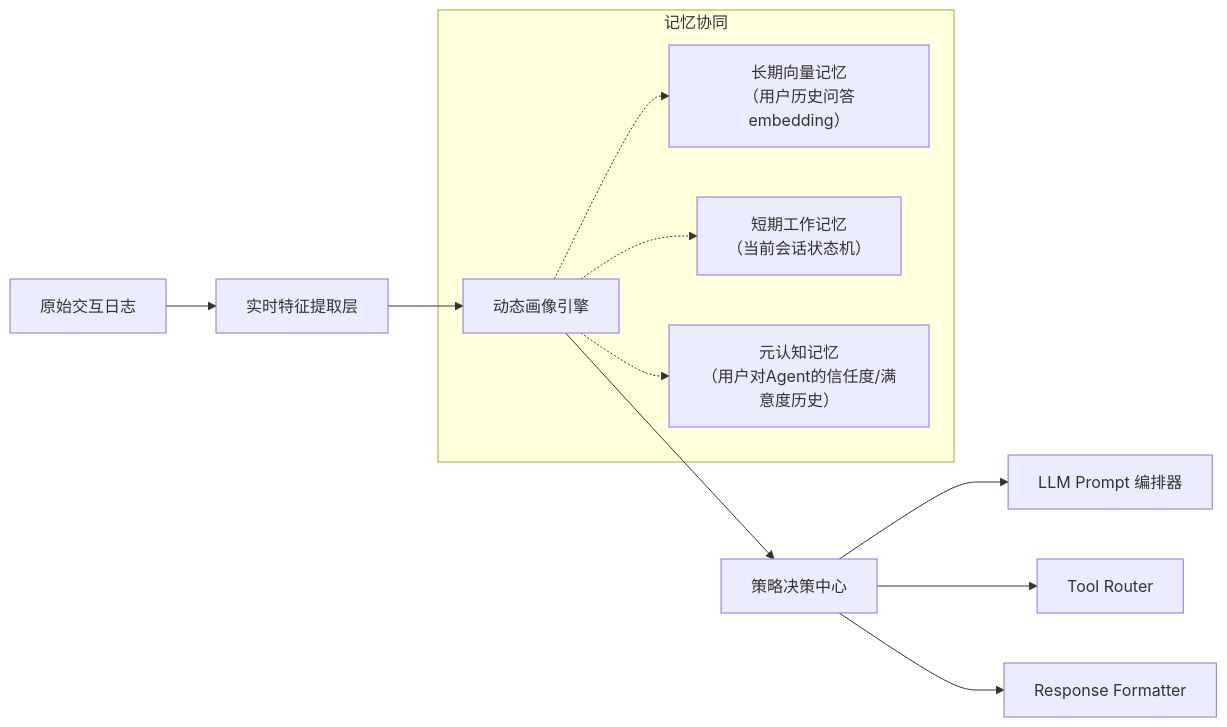
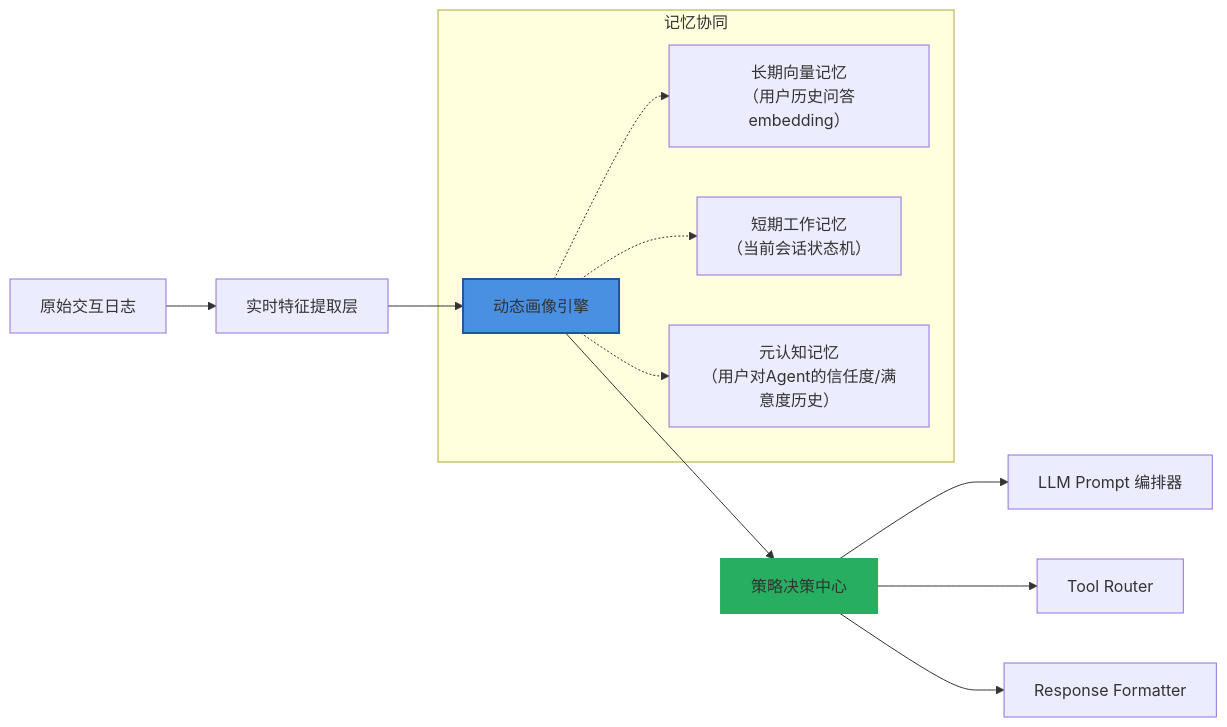
The diagram in 13-记忆机制/用户画像与个性化.md (liuwei1993/ai-llm-agent-knowledge), drawn with Mermaid before and after one commit. The commit also changed other lines of this file and 1 other file, not shown here.

````diff
--- a/13-记忆机制/用户画像与个性化.md
+++ b/13-记忆机制/用户画像与个性化.md
@@ -42,15 +63,18 @@
 ```mermaid
 graph LR
 A[原始交互日志] --> B[实时特征提取层]
 B --> C[动态画像引擎]
 C --> D[策略决策中心]
 D --> E[LLM Prompt 编排器]
 D --> F[Tool Router]
 D --> G[Response Formatter]
 
 subgraph 记忆协同
 C -.-> H[长期向量记忆<br/>（用户历史问答embedding）]
 C -.-> I[短期工作记忆<br/>（当前会话状态机）]
 C -.-> J[元认知记忆<br/>（用户对Agent的信任度/满意度历史）]
 end
+
+style C fill:#4A90E2,stroke:#1E5799,stroke-width:2px
+style D fill:#27AE60,stroke:#27AE60,stroke-width:2px
 ```
````
